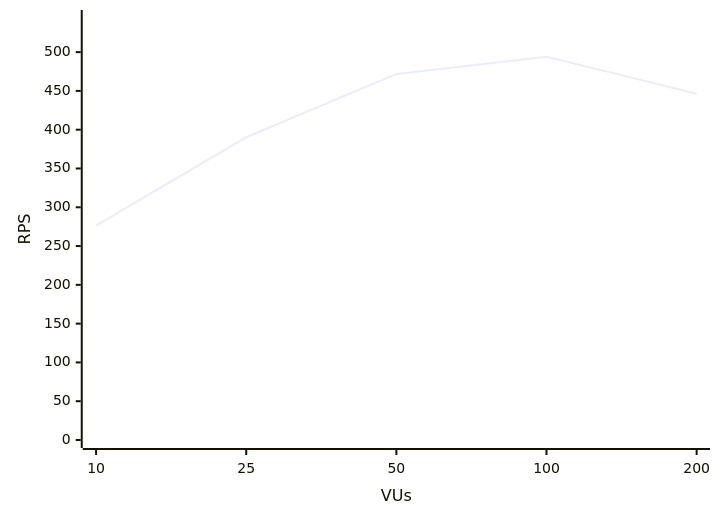
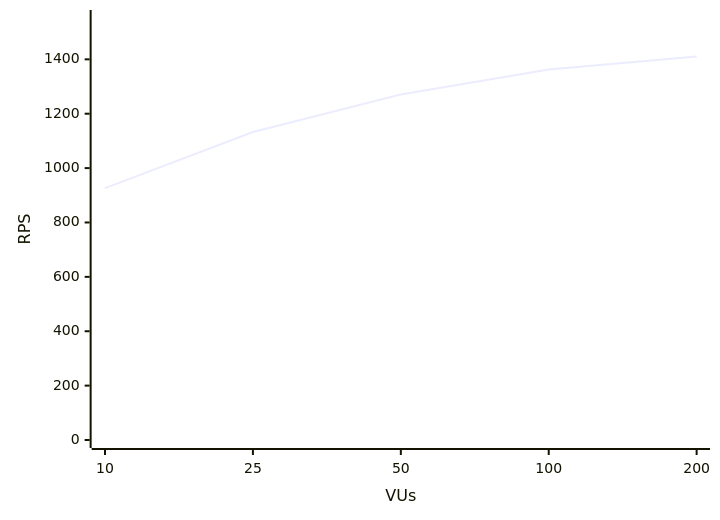
Before and after one commit to LYarmoliuk/OnlineTesting: the third of 4 diagrams in docs/lab5-write-workflow.md, drawn with Mermaid. The commit also changed other lines of this file and 52 other files, not shown here.

````diff
--- a/docs/lab5-write-workflow.md
+++ b/docs/lab5-write-workflow.md
@@ -63,6 +63,6 @@
 ```mermaid
 xychart-beta
   x-axis VUs [10, 25, 50, 100, 200]
-  y-axis RPS 0 --> 544
-  line [276.42, 390.25, 471.84, 494.15, 446.3]
+  y-axis RPS 0 --> 1552
+  line [926.17, 1132.45, 1270.83, 1362.56, 1410.56]
 ```
````
